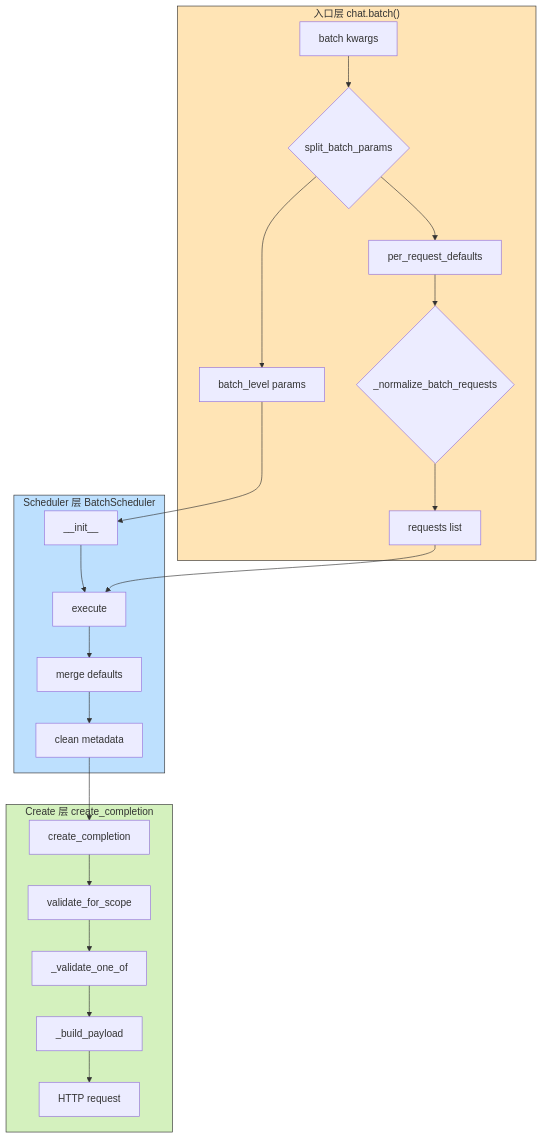
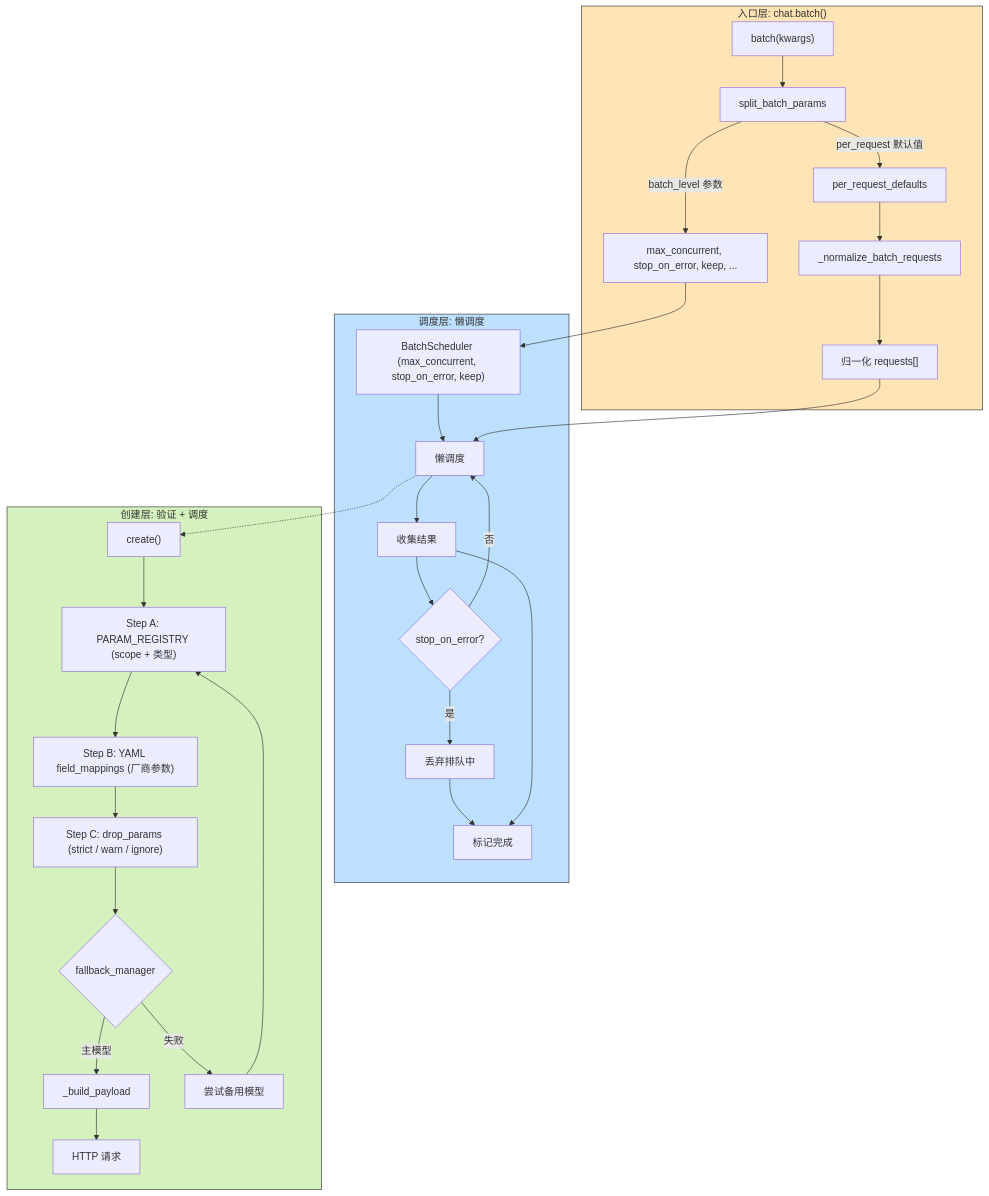
Before and after one commit to kanchengw/cnllm: the fourth of 9 diagrams in docs/ARCHITECTURE.md, drawn with Mermaid. The commit also changed other lines of this file and 22 other files, not shown here.

````diff
--- a/docs/ARCHITECTURE.md
+++ b/docs/ARCHITECTURE.md
@@ -403,31 +405,39 @@
 ```mermaid
 flowchart TB
-    subgraph entry["入口层 chat.batch()"]
-        K[batch kwargs] --> S{split_batch_params}
-        S --> B[batch_level params]
-        S --> P[per_request_defaults]
-        P --> N{_normalize_batch_requests}
-        N --> O[requests list]
+    subgraph entry["入口层: chat.batch()"]
+        K["batch(kwargs)"] --> S["split_batch_params"]
+        S -->|"batch_level 参数"| B["max_concurrent, stop_on_error, keep, ..."]
+        S -->|"per_request 默认值"| P[per_request_defaults]
+        P --> N["_normalize_batch_requests"]
+        N --> O["归一化 requests[]"]
     end
 
-    subgraph sched["Scheduler 层 BatchScheduler"]
-        I[__init__] --> E[execute]
-        E --> M[merge defaults]
-        M --> C[clean metadata]
+    subgraph sched["调度层: 懒调度"]
+        I["BatchScheduler (max_concurrent, stop_on_error, keep)"] --> L["懒调度"]
+        L --> C["收集结果"]
+        C --> D{"stop_on_error?"}
+        D -->|"是"| X["丢弃排队中"]
+        D -->|"否"| L
+        X --> M["标记完成"]
+        C --> M
     end
 
-    subgraph create["Create 层 create_completion"]
-        CR[create_completion] --> V[validate_for_scope]
-        V --> O1[_validate_one_of]
-        O1 --> BP[_build_payload]
-        BP --> H[HTTP request]
+    subgraph create["创建层: 验证 + 调度"]
+        CR["create()"] --> V1["Step A: PARAM_REGISTRY (scope + 类型)"]
+        V1 --> V2["Step B: YAML field_mappings (厂商参数)"]
+        V2 --> V3["Step C: drop_params (strict / warn / ignore)"]
+        V3 --> FB{"fallback_manager"}
+        FB -->|"主模型"| BP["_build_payload"]
+        BP --> H["HTTP 请求"]
+        FB -->|"失败"| F1["尝试备用模型"]
+        F1 --> V1
     end
 
-    O --> E
+    O --> L
     B --> I
-    C --> CR
+    L -.-> CR
 
     style entry fill:#ffe4b5,stroke:#333,stroke-width:1px
     style sched fill:#bde0fe,stroke:#333,stroke-width:1px
     style create fill:#d4f1be,stroke:#333,stroke-width:1px
 ```
````
